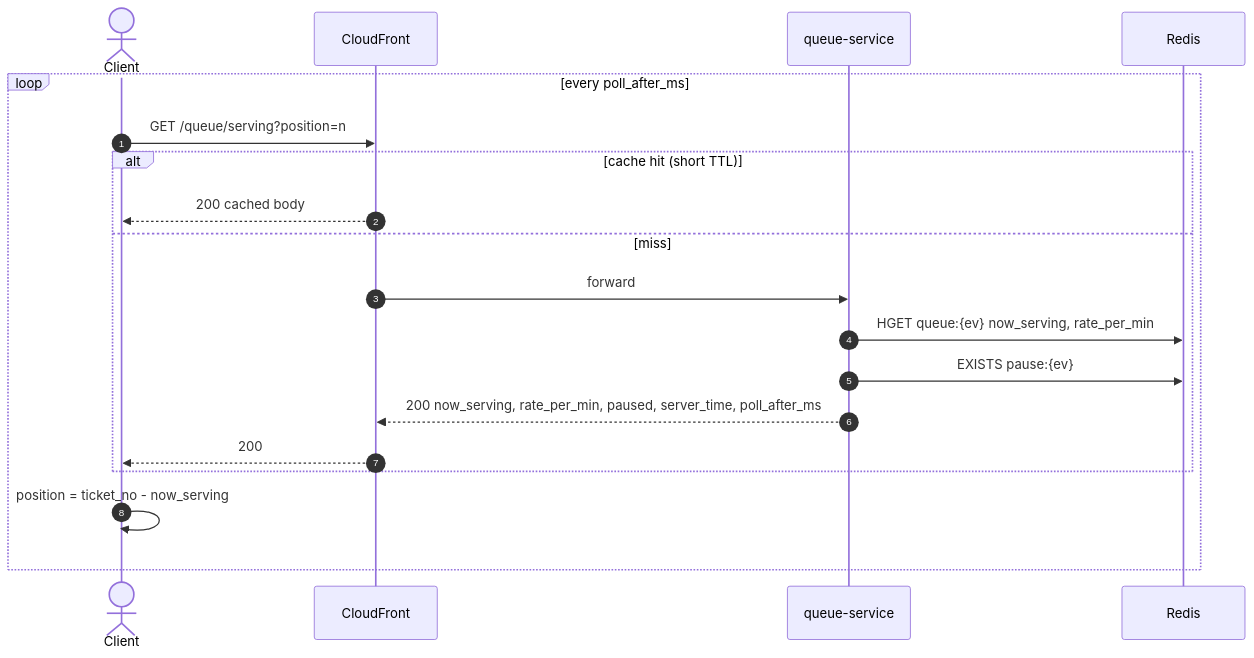
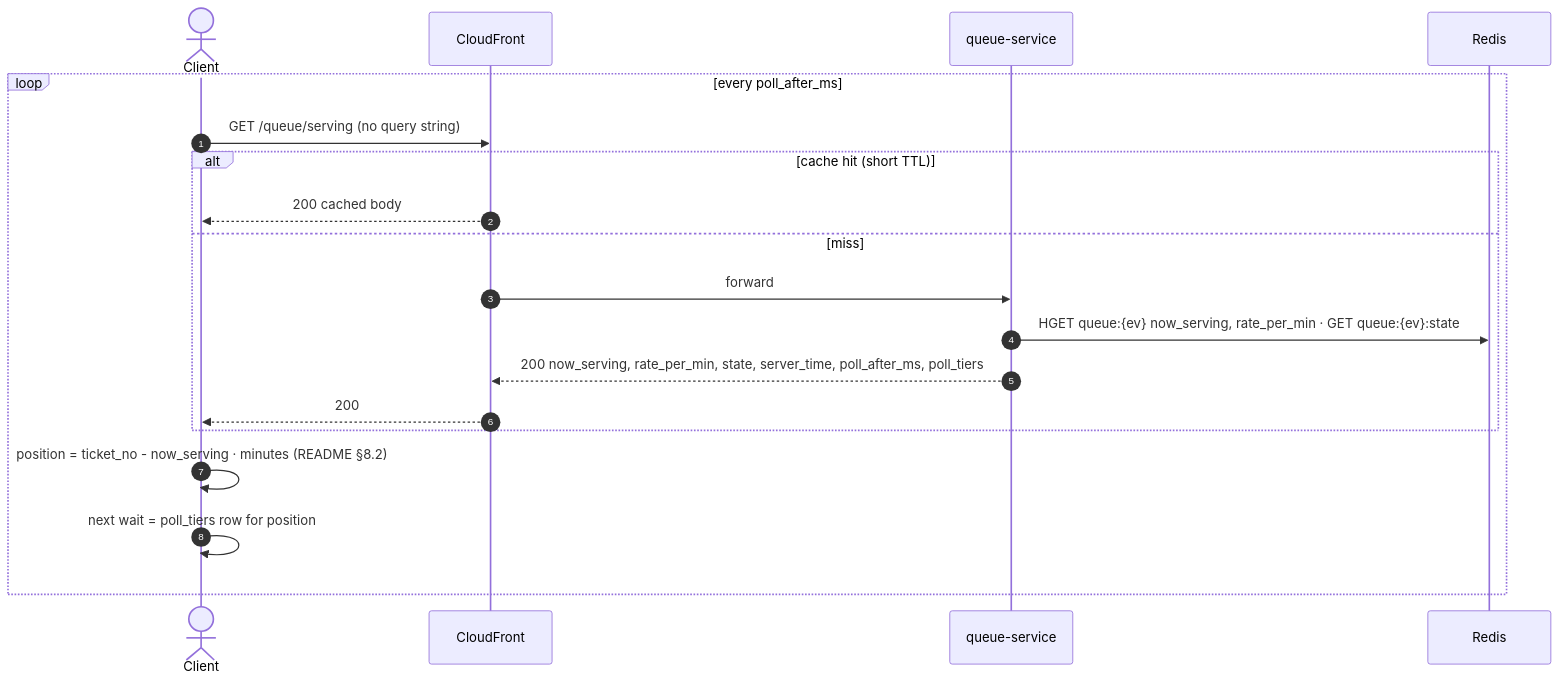
The first of 2 diagrams in docs/04-queue/04-get-now-serving.md (PTServerJanganTumbang-BookingTicket/be-rusuh-war-ticketing), drawn with Mermaid before and after one commit. The commit also changed other lines of this file and 19 other files, not shown here.

````diff
--- a/docs/04-queue/04-get-now-serving.md
+++ b/docs/04-queue/04-get-now-serving.md
@@ -19,22 +19,22 @@
 ```mermaid
 sequenceDiagram
     autonumber
     actor C as Client
     participant CF as CloudFront
     participant Q as queue-service
     participant R as Redis
 
     loop every poll_after_ms
-        C->>CF: GET /queue/serving?position=n
+        C->>CF: GET /queue/serving (no query string)
         alt cache hit (short TTL)
             CF-->>C: 200 cached body
         else miss
             CF->>Q: forward
-            Q->>R: HGET queue:{ev} now_serving, rate_per_min
-            Q->>R: EXISTS pause:{ev}
-            Q-->>CF: 200 now_serving, rate_per_min, paused, server_time, poll_after_ms
+            Q->>R: HGET queue:{ev} now_serving, rate_per_min · GET queue:{ev}:state
+            Q-->>CF: 200 now_serving, rate_per_min, state, server_time, poll_after_ms, poll_tiers
             CF-->>C: 200
         end
-        C->>C: position = ticket_no - now_serving
+        C->>C: position = ticket_no - now_serving · minutes (README §8.2)
+        C->>C: next wait = poll_tiers row for position
     end
 ```
````
